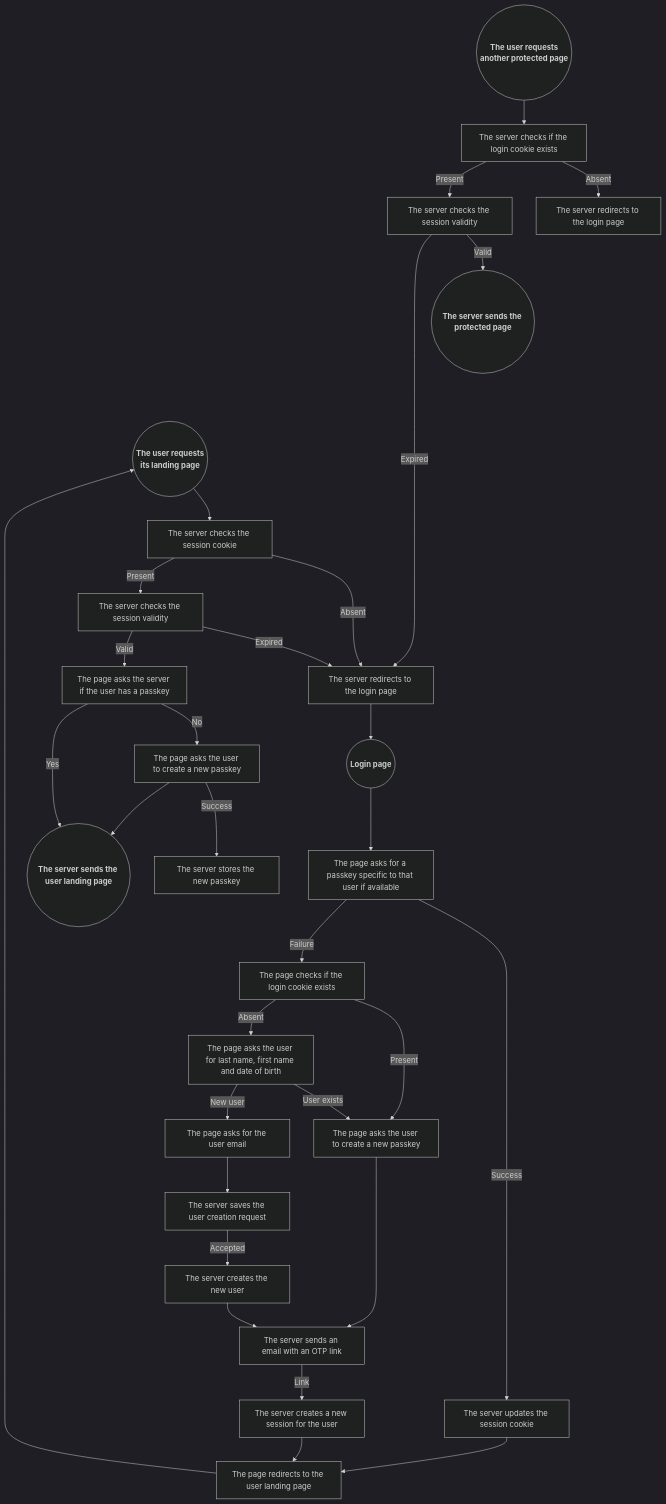
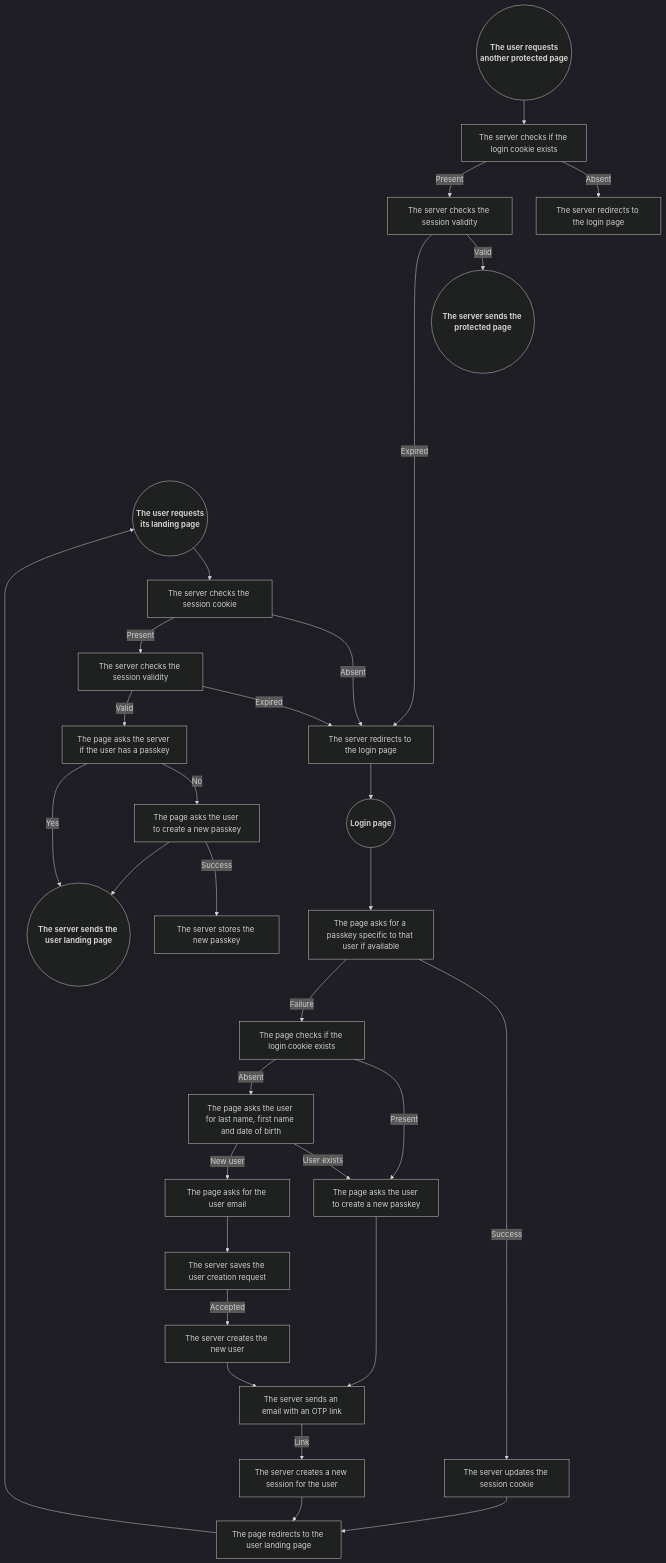
The diagram in README.md (programingjd/tiered_server), drawn with Mermaid (dark theme) before and after one commit.

````diff
--- a/README.md
+++ b/README.md
@@ -123,40 +123,40 @@
 ```mermaid
 graph TD;
   UserLandingPageRequest(("<b>The user requests<br>its landing page</b>"))
   ProtectedPageRequest(("<b>The user requests<br>another protected page</b>"))
   LoginPageRequest(("<b>Login page</b>"))
   
   ProtectedPageRequest-->QueryCookie1[The server checks if the login cookie exists]
   QueryCookie1-->|Absent|LoginPageRedirect1[The server redirects to the login page]
   QueryCookie1-->|Present|CheckSessionValidity1[The server checks the session validity]
   CheckSessionValidity1-->|Valid|ProtectedPageResponse(("<b>The server sends the protected page<b>"))
-  CheckSessionValidity1------->|Expired|LoginPageRedirect
+  CheckSessionValidity1--------->|Expired|LoginPageRedirect
 
   UserLandingPageRequest-->QueryCookie2[The server checks the session cookie]
   QueryCookie2--Absent-->LoginPageRedirect[The server redirects to the login page]
   QueryCookie2--Present-->CheckSessionValidity2[The server checks the session validity]
   CheckSessionValidity2-->|Expired|LoginPageRedirect
   CheckSessionValidity2-->|Valid|QueryExistingPasskey2[The page asks the server if the user has a passkey]
   QueryExistingPasskey2-->|No|NewPasskeyPrompt2[The page asks the user to create a new passkey]
   QueryExistingPasskey2-->|Yes|UserLandingPageResponse(("<b>The server sends the user landing page<b>"))
   NewPasskeyPrompt2-->|Success|NewPasskeyStore2[The server stores the new passkey]
   NewPasskeyPrompt2-->UserLandingPageResponse
 
   LoginPageRequest-->QueryPasskey[The page asks for a passkey specific to that user if available]
   QueryPasskey-->|Success|SessionCookieUpdate[The server updates the session cookie]
   SessionCookieUpdate-->UserLandingPageRedirect[The page redirects to the user landing page]
   QueryPasskey-->|Failure|QueryCookie3[The page checks if the login cookie exists]
   QueryCookie3-->|Present|NewPasskeyPrompt3[The page asks the user to create a new passkey]
   QueryCookie3-->|Absent|UserForm[The page asks the user for last name, first name and date of birth]
   UserForm-->|User exists|NewPasskeyPrompt3
   NewPasskeyPrompt3-->EmailOTP[The server sends an email with an OTP link]
   EmailOTP-->|Link|NewSession[The server creates a new session for the user]
   NewSession-->UserLandingPageRedirect
   UserForm-->|New user|NewUser[The page asks for the user email]
   NewUser-->UserModeration[The server saves the user creation request]
   UserModeration-->|Accepted|UserCreation[The server creates the new user]
   UserCreation-->EmailOTP
   
   UserLandingPageRedirect-->UserLandingPageRequest
   LoginPageRedirect-->LoginPageRequest
 ```
````
